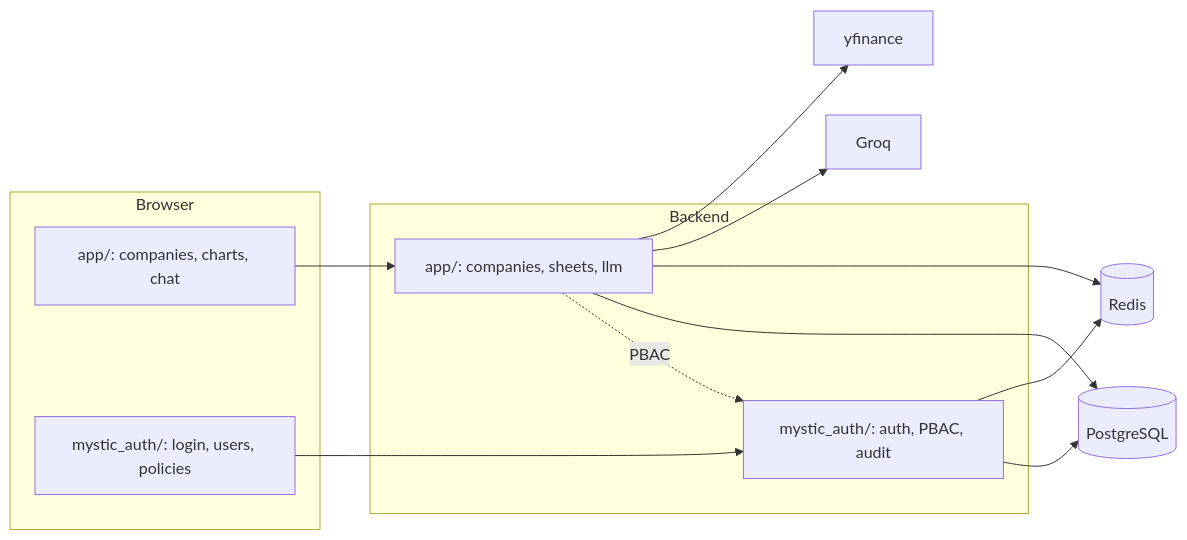
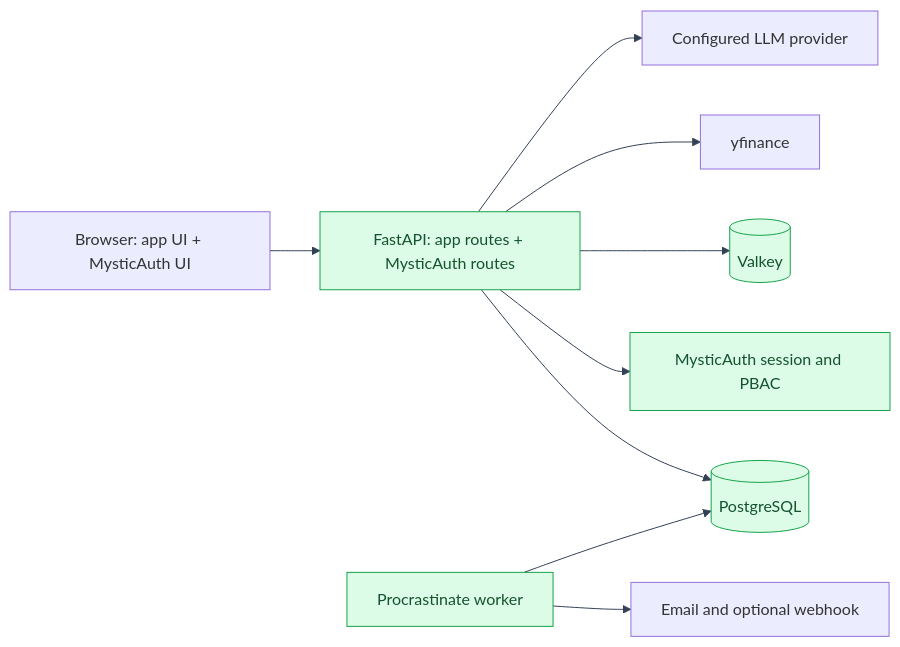
Before and after one commit to Nachiket-2024/balance_sheet_analysis: the diagram in README.md, drawn with Mermaid. The commit also changed other lines of this file and 1793 other files, not shown here.

Commit message:
Added statement analysis, company comparisons, LLM monitoring, and saved reviews; synced Mystic Auth (9bcbffc)

````diff
--- a/README.md
+++ b/README.md
@@ -21,27 +92,16 @@
 ```mermaid
+%%{init: {"themeVariables": {"lineColor": "#334155"}} }%%
 flowchart LR
-    subgraph client["Browser"]
-        FE["app/: companies, charts, chat"]
-        FEAuth["mystic_auth/: login, users, policies"]
-    end
-
-    subgraph server["Backend"]
-        BEApp["app/: companies, sheets, llm"]
-        BEAuth["mystic_auth/: auth, PBAC, audit"]
-    end
-
-    PG[("PostgreSQL")]
-    Redis[("Redis")]
-    Groq["Groq"]
-    YF["yfinance"]
-
-    FE --> BEApp
-    FEAuth --> BEAuth
-    BEApp -.PBAC.-> BEAuth
-    BEApp --> PG
-    BEAuth --> PG
-    BEApp --> Redis
-    BEAuth --> Redis
-    BEApp --> Groq
-    BEApp --> YF
+    Browser["Browser: app UI + MysticAuth UI"] --> API["FastAPI: app routes + MysticAuth routes"]
+    API --> Auth["MysticAuth session and PBAC"]
+    API --> DB[("PostgreSQL")]
+    API --> Cache[("Valkey")]
+    API --> Finance["yfinance"]
+    API --> LLM["Configured LLM provider"]
+    Worker["Procrastinate worker"] --> DB
+    Worker --> Notify["Email and optional webhook"]
+    classDef success fill:#dcfce7,stroke:#16a34a,color:#14532d
+    classDef blocked fill:#fee2e2,stroke:#dc2626,color:#7f1d1d
+    classDef decision fill:#eff6ff,stroke:#3b82f6,color:#1e3a8a
+    class API,Auth,DB,Cache,Worker success
 ```
````
